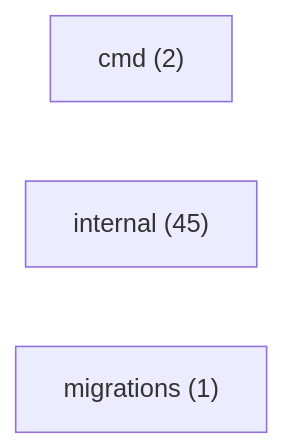
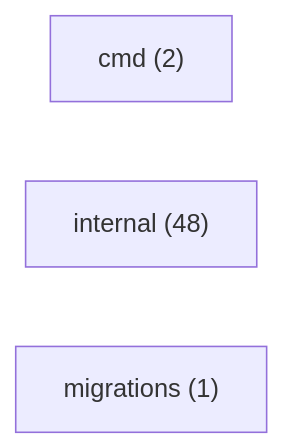
Before and after one commit to mauriciomiwa/ominicore-service: the diagram in DOC/System/mapa/inventario.md, drawn with Mermaid. The commit also changed other lines of this file and 80 other files, not shown here.

````diff
--- a/DOC/System/mapa/inventario.md
+++ b/DOC/System/mapa/inventario.md
@@ -14,6 +14,6 @@
 ```mermaid
 graph LR
   cmd["cmd (2)"]
-  internal["internal (45)"]
+  internal["internal (48)"]
   migrations["migrations (1)"]
 ```
````
